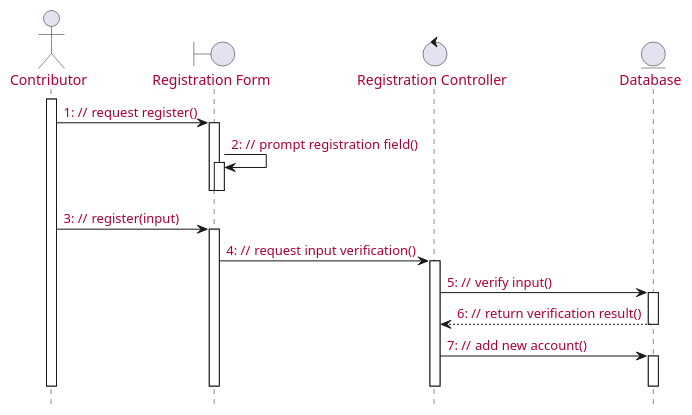
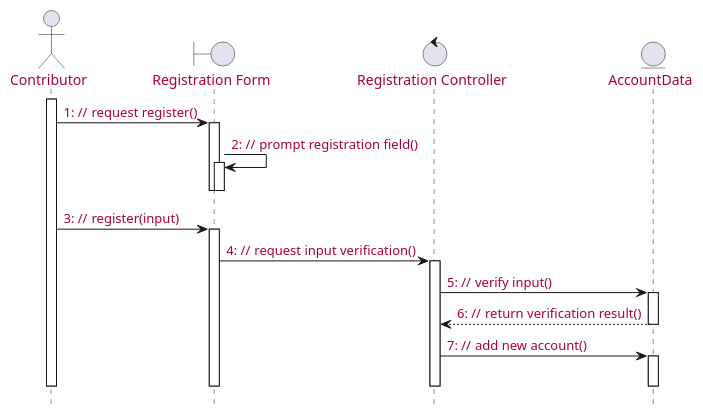
The first of 10 diagrams in source/solution/use-case-analysis.rst (McSinyx/ipppi), drawn with PlantUML before and after one commit. The commit also changed other lines of this file and 1 other file, not shown here.

Commit message:
Update entity name to fit model in GH-21

```diff
--- a/source/solution/use-case-analysis.rst
+++ b/source/solution/use-case-analysis.rst
@@ -13,28 +13,28 @@
 .. uml::
 
    skinparam defaultFontColor #a80036
    autonumber "#: //"
    autoactivate on
    hide footbox
 
    actor Contributor
    boundary "Registration Form" as RF
    control "Registration Controller" as RC
-   entity Database
+   entity AccountData
 
    activate Contributor
    Contributor -> RF : request register()
    RF -> RF : prompt registration field()
    deactivate RF
    deactivate RF
 
    Contributor -> RF : register(input)
    RF -> RC : request input verification()
-   RC -> Database : verify input()
-   Database --> RC : return verification result()
+   RC -> AccountData : verify input()
+   AccountData --> RC : return verification result()
 
-   RC -> Database : add new account()
-   deactivate Database
+   RC -> AccountData : add new account()
+   deactivate AccountData
    deactivate RC
    deactivate RF
    deactivate Contributor
```
